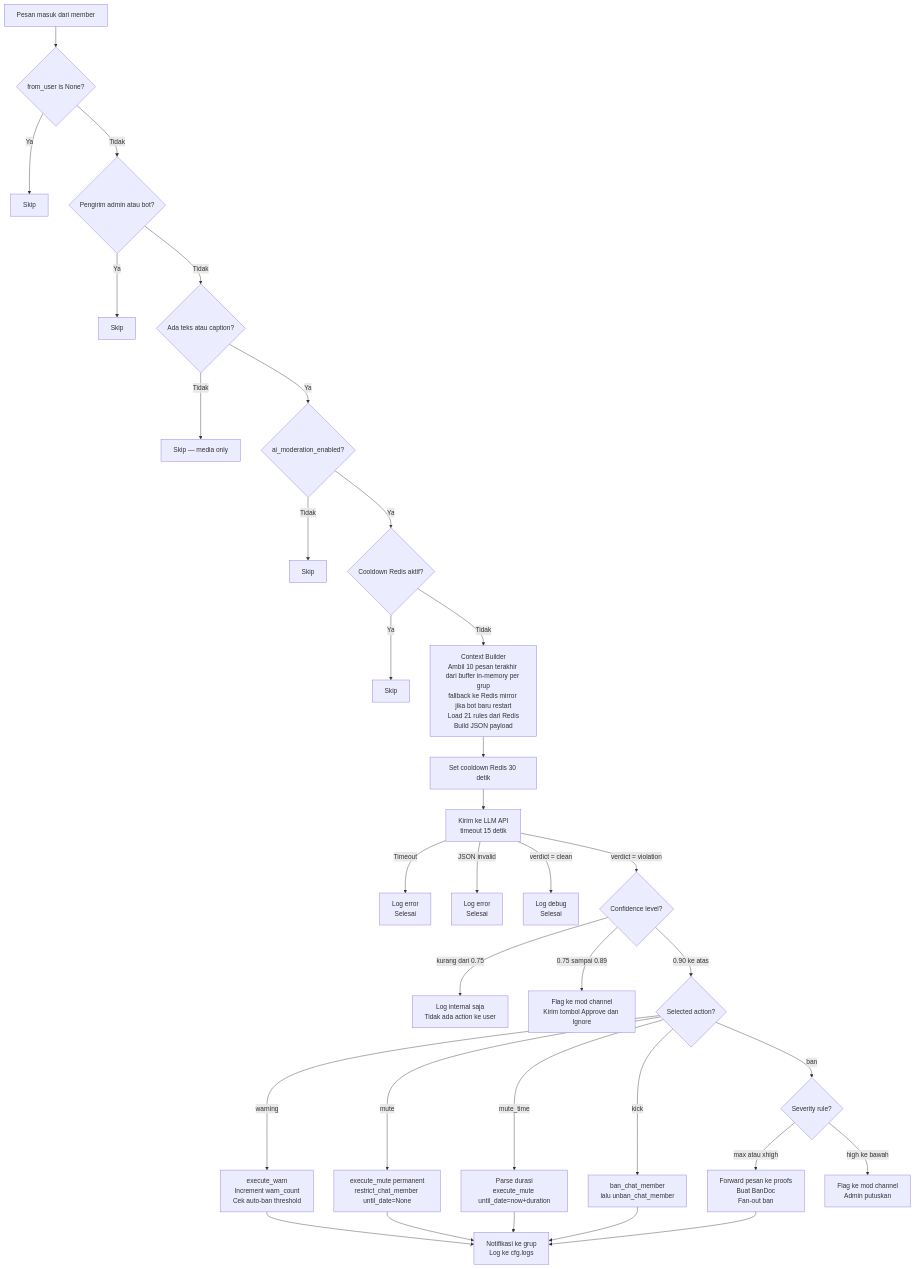
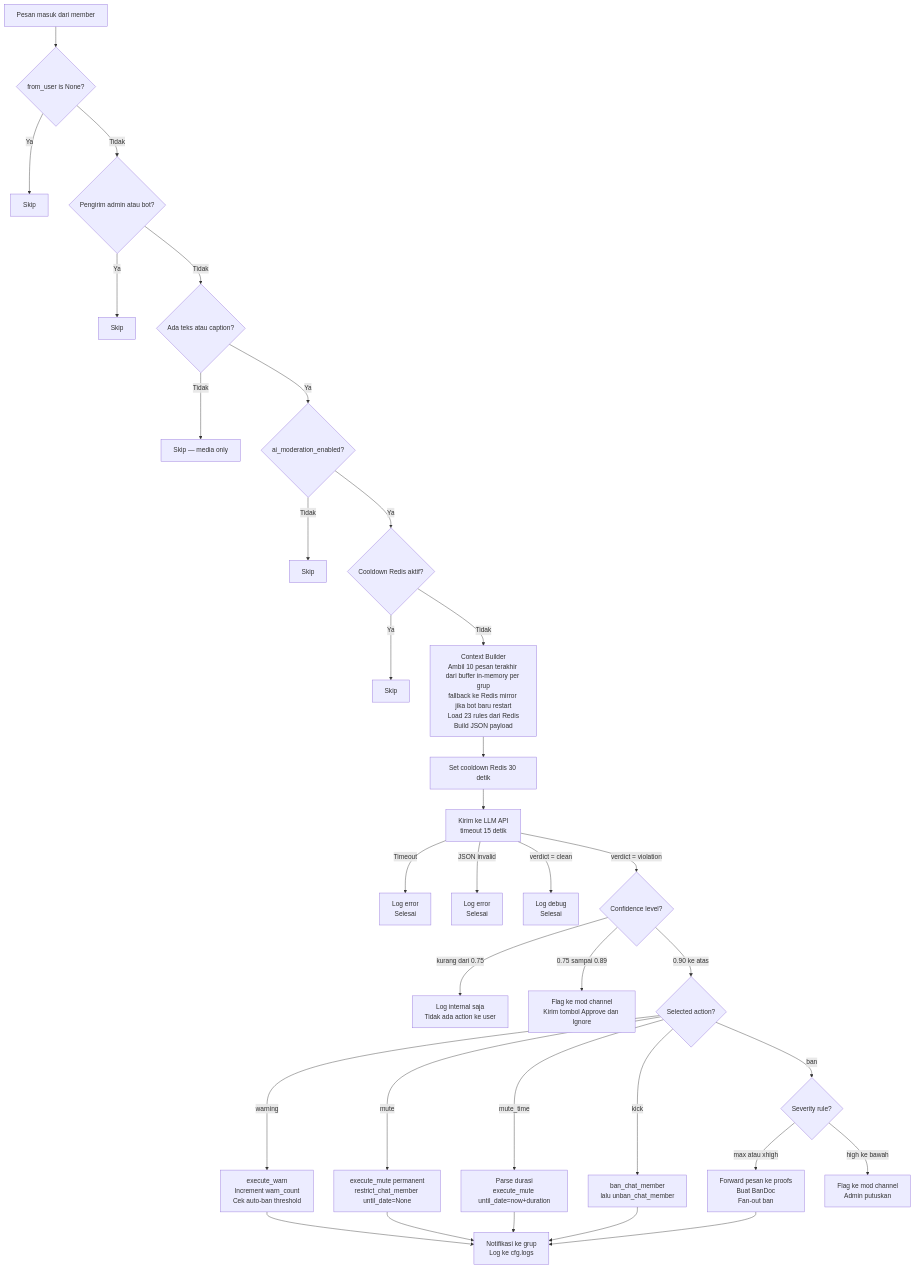
One commit to D1ZZY4/tcbot changed the fourth of 15 diagrams in PRD.md. Above: the diagram before and after it, drawn with Mermaid. The commit also changed other lines of this file and 6 other files, not shown here.

````diff
--- a/PRD.md
+++ b/PRD.md
@@ -410,35 +423,35 @@
 ```mermaid
 flowchart TD
     MSG[Pesan masuk dari member] --> PF1{from_user is None?}
     PF1 -->|Ya| END1[Skip]
     PF1 -->|Tidak| PF2{Pengirim admin atau bot?}
     PF2 -->|Ya| END2[Skip]
     PF2 -->|Tidak| PF3{Ada teks atau caption?}
     PF3 -->|Tidak| END3[Skip — media only]
     PF3 -->|Ya| PF4{ai_moderation_enabled?}
     PF4 -->|Tidak| END4[Skip]
     PF4 -->|Ya| PF5{Cooldown Redis aktif?}
     PF5 -->|Ya| END5[Skip]
-    PF5 -->|Tidak| CB[Context Builder\nAmbil 10 pesan terakhir dari buffer in-memory per grup\nfallback ke Redis mirror jika bot baru restart\nLoad 21 rules dari Redis\nBuild JSON payload]
+    PF5 -->|Tidak| CB[Context Builder\nAmbil 10 pesan terakhir dari buffer in-memory per grup\nfallback ke Redis mirror jika bot baru restart\nLoad 23 rules dari Redis\nBuild JSON payload]
     CB --> SET_CD[Set cooldown Redis 30 detik]
     SET_CD --> AI[Kirim ke LLM API\ntimeout 15 detik]
     AI -->|Timeout| ERR1[Log error\nSelesai]
     AI -->|JSON invalid| ERR2[Log error\nSelesai]
     AI -->|verdict = clean| CLEAN[Log debug\nSelesai]
     AI -->|verdict = violation| CONF{Confidence level?}
     CONF -->|kurang dari 0.75| LOW[Log internal saja\nTidak ada action ke user]
     CONF -->|0.75 sampai 0.89| FLAG[Flag ke mod channel\nKirim tombol Approve dan Ignore]
     CONF -->|0.90 ke atas| ACT{Selected action?}
     ACT -->|warning| WRN[execute_warn\nIncrement warn_count\nCek auto-ban threshold]
     ACT -->|mute| MUT[execute_mute permanent\nrestrict_chat_member until_date=None]
     ACT -->|mute_time| MTM[Parse durasi\nexecute_mute until_date=now+duration]
     ACT -->|kick| KCK[ban_chat_member\nlalu unban_chat_member]
     ACT -->|ban| BANSEV{Severity rule?}
     BANSEV -->|max atau xhigh| BANAUTO[Forward pesan ke proofs\nBuat BanDoc\nFan-out ban]
     BANSEV -->|high ke bawah| FLAG2[Flag ke mod channel\nAdmin putuskan]
     WRN --> NOTIFY[Notifikasi ke grup\nLog ke cfg.logs]
     MUT --> NOTIFY
     MTM --> NOTIFY
     KCK --> NOTIFY
     BANAUTO --> NOTIFY
 ```
````
